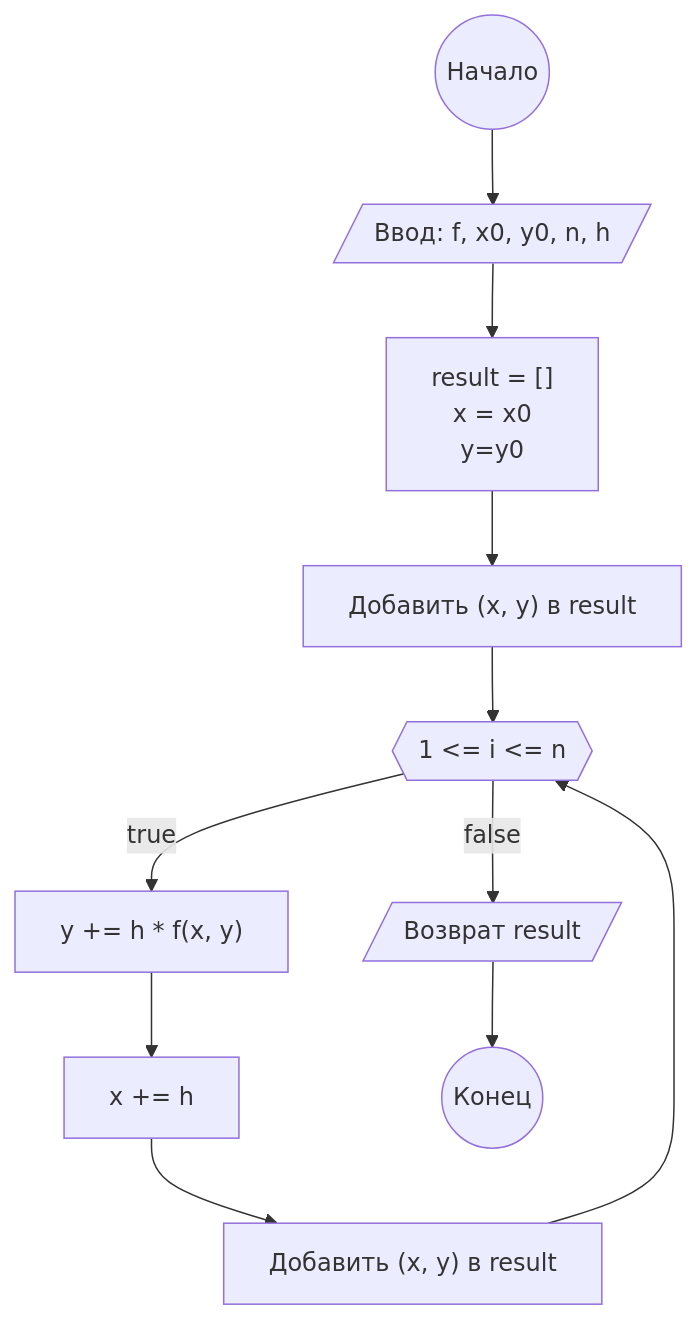
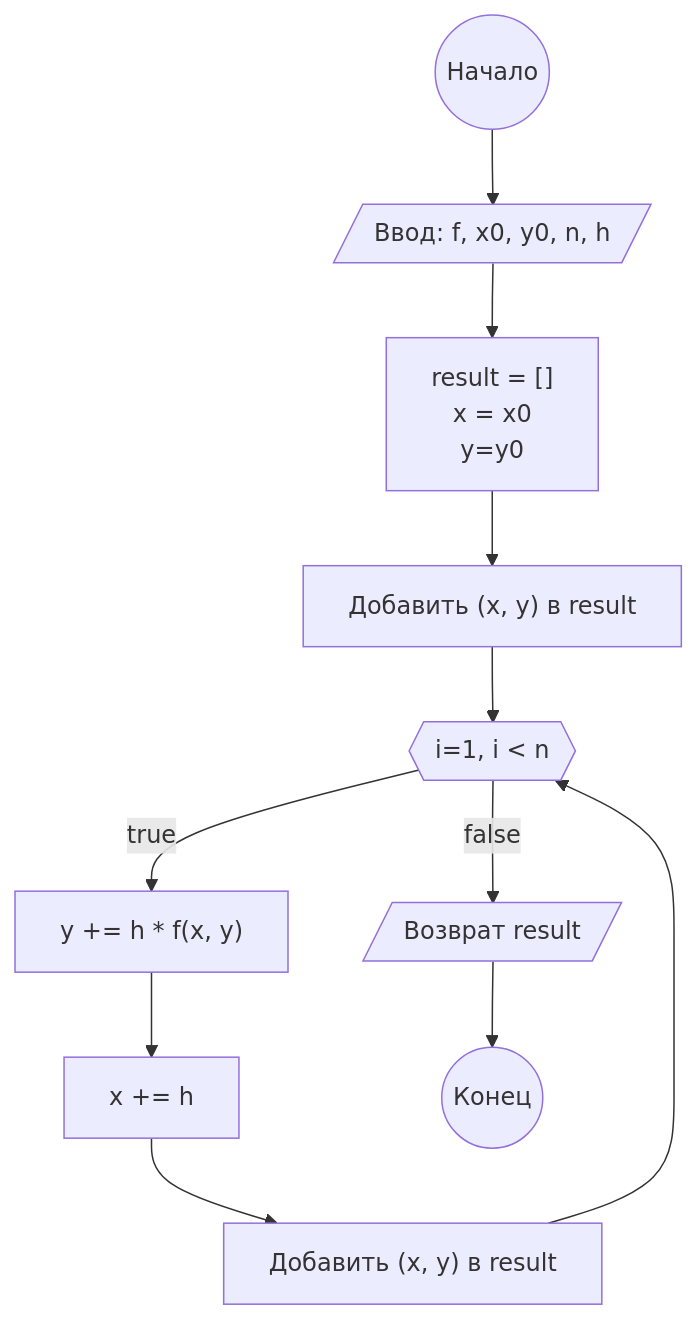
The diagram in docs/schemes/euler_method.mmd (arekalov/CompMat-lab6), drawn with Mermaid before and after one commit. The commit also changed 4 other files, not shown here.

```diff
--- a/docs/schemes/euler_method.mmd
+++ b/docs/schemes/euler_method.mmd
@@ -1,15 +1,15 @@
 graph TD
     A(("Начало"))
     B[/"Ввод: f, x0, y0, n, h"/]
     C["result = []\n x = x0\n y=y0"]
     D["Добавить (x, y) в result"]
-    E{{"1 <= i <= n"}}
+    E{{"i=1, i < n"}}
     F["y += h * f(x, y)"]
     H["x += h"]
     I["Добавить (x, y) в result"]
     J[/"Возврат result"/]
     K(("Конец"))
 
     A --> B --> C --> D --> E
     E -- true --> F --> H --> I --> E
     E -- false --> J --> K
```
